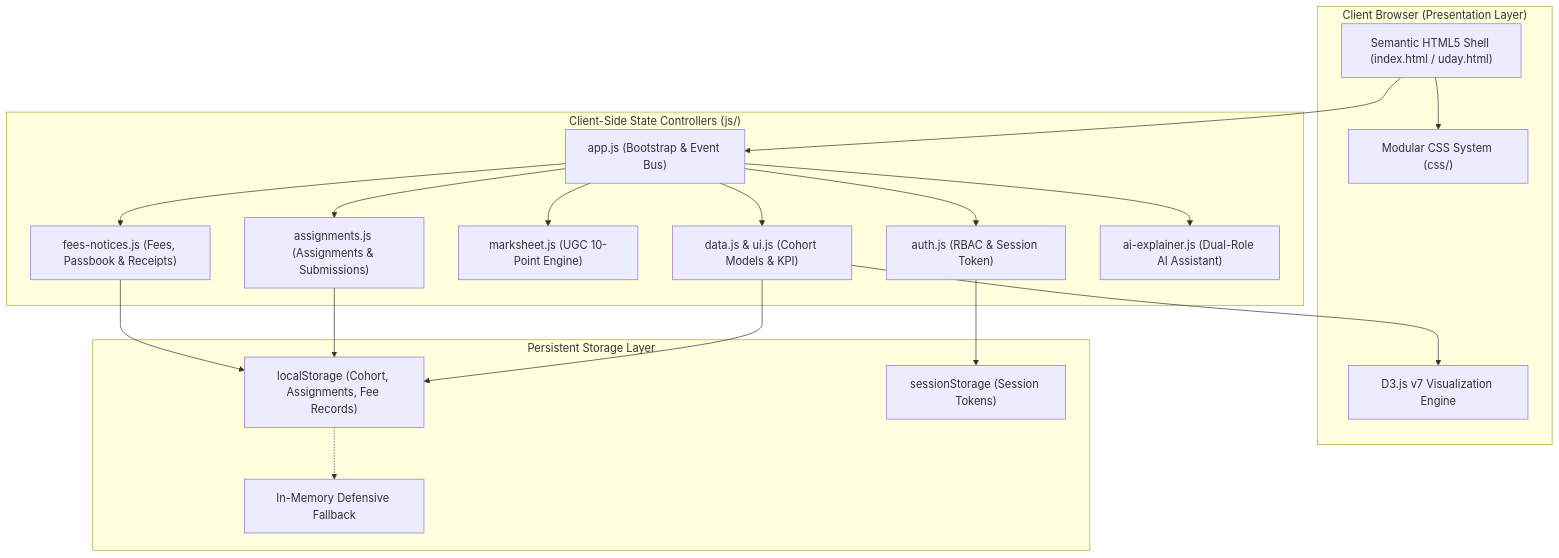
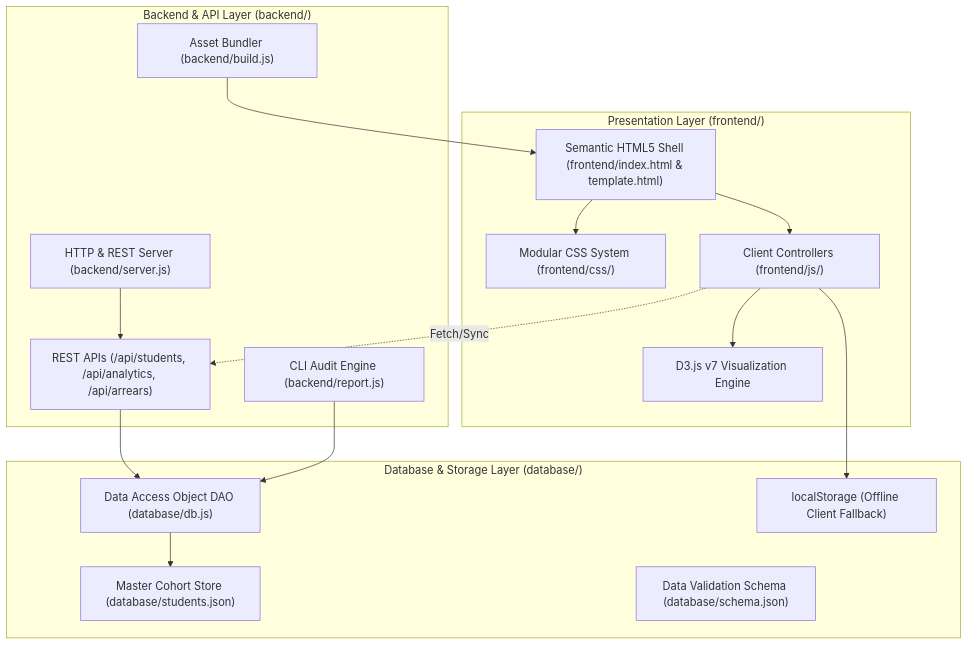
One commit to udaykumarreddy07/D3project changed the first of 5 diagrams in README.md. Above: the diagram before and after it, drawn with Mermaid. The commit also changed other lines of this file and 44 other files, not shown here.

Commit message:
refactor: Separate project into frontend, backend, and database modules

````diff
--- a/README.md
+++ b/README.md
@@ -53,39 +53,34 @@
 ```mermaid
 graph TD
-    subgraph Client ["Client Browser (Presentation Layer)"]
-        UI["Semantic HTML5 Shell (index.html / uday.html)"]
-        CSS["Modular CSS System (css/)"]
+    subgraph Presentation ["Presentation Layer (frontend/)"]
+        UI["Semantic HTML5 Shell (frontend/index.html & template.html)"]
+        CSS["Modular CSS System (frontend/css/)"]
         D3["D3.js v7 Visualization Engine"]
+        CONTROLLER["Client Controllers (frontend/js/)"]
     end
 
-    subgraph State ["Client-Side State Controllers (js/)"]
-        AUTH["auth.js (RBAC & Session Token)"]
-        APP["app.js (Bootstrap & Event Bus)"]
-        STUDENT["data.js & ui.js (Cohort Models & KPI)"]
-        MARKS["marksheet.js (UGC 10-Point Engine)"]
-        ASSIGN["assignments.js (Assignments & Submissions)"]
-        FEES["fees-notices.js (Fees, Passbook & Receipts)"]
-        AI["ai-explainer.js (Dual-Role AI Assistant)"]
+    subgraph Service ["Backend & API Layer (backend/)"]
+        SERVER["HTTP & REST Server (backend/server.js)"]
+        API["REST APIs (/api/students, /api/analytics, /api/arrears)"]
+        BUILD["Asset Bundler (backend/build.js)"]
+        REPORT["CLI Audit Engine (backend/report.js)"]
     end
 
-    subgraph Storage ["Persistent Storage Layer"]
-        LS["localStorage (Cohort, Assignments, Fee Records)"]
-        SS["sessionStorage (Session Tokens)"]
-        MEM["In-Memory Defensive Fallback"]
+    subgraph Storage ["Database & Storage Layer (database/)"]
+        DB["Data Access Object DAO (database/db.js)"]
+        STORE["Master Cohort Store (database/students.json)"]
+        SCHEMA["Data Validation Schema (database/schema.json)"]
+        LS["localStorage (Offline Client Fallback)"]
     end
 
     UI --> CSS
-    UI --> APP
-    APP --> AUTH
-    APP --> STUDENT
-    APP --> MARKS
-    APP --> ASSIGN
-    APP --> FEES
-    APP --> AI
-    STUDENT --> D3
-    STUDENT --> LS
-    ASSIGN --> LS
-    FEES --> LS
-    AUTH --> SS
-    LS -.-> MEM
+    UI --> CONTROLLER
+    CONTROLLER --> D3
+    CONTROLLER -.->|Fetch/Sync| API
+    CONTROLLER --> LS
+    SERVER --> API
+    API --> DB
+    BUILD --> UI
+    REPORT --> DB
+    DB --> STORE
 ```
````
